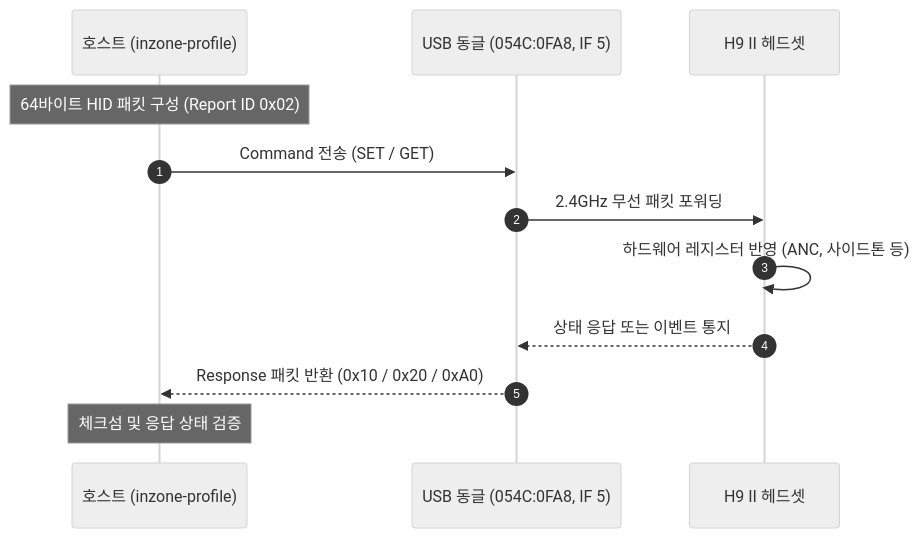
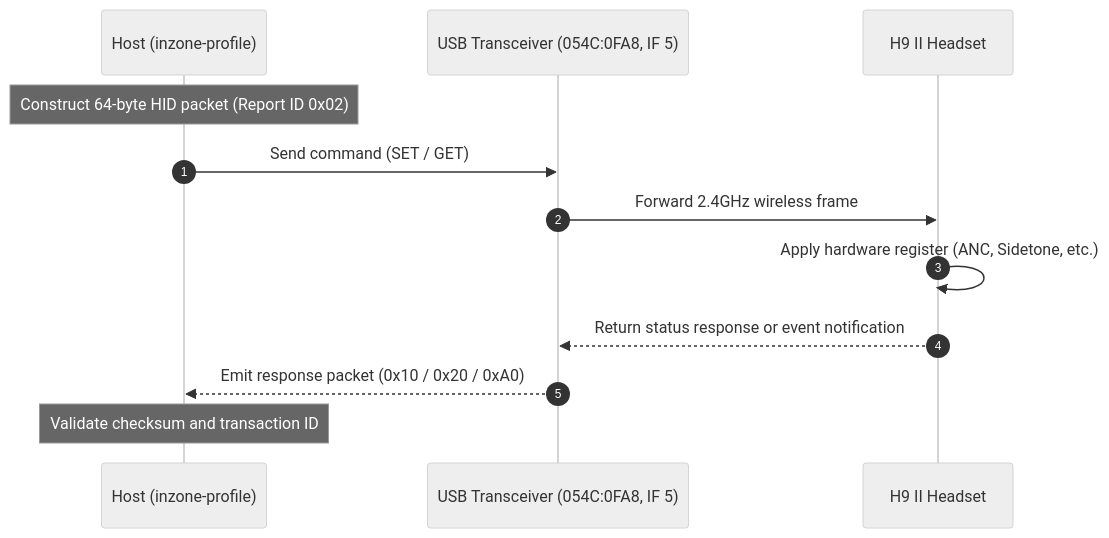
The second of 2 diagrams in docs/reverse-engineering.md (zeroday0619/inzone-linux), drawn with Mermaid (neutral theme) before and after one commit. The commit also changed other lines of this file and 12 other files, not shown here.

````diff
--- a/docs/reverse-engineering.md
+++ b/docs/reverse-engineering.md
@@ -188,15 +188,15 @@
 ```mermaid
 sequenceDiagram
     autonumber
-    participant Host as 호스트 (inzone-profile)
-    participant Dongle as USB 동글 (054C:0FA8, IF 5)
-    participant Headset as H9 II 헤드셋
+    participant Host as Host (inzone-profile)
+    participant Dongle as USB Transceiver (054C:0FA8, IF 5)
+    participant Headset as H9 II Headset
 
-    Note over Host: 64바이트 HID 패킷 구성 (Report ID 0x02)
-    Host->>Dongle: Command 전송 (SET / GET)
-    Dongle->>Headset: 2.4GHz 무선 패킷 포워딩
-    Headset->>Headset: 하드웨어 레지스터 반영 (ANC, 사이드톤 등)
-    Headset-->>Dongle: 상태 응답 또는 이벤트 통지
-    Dongle-->>Host: Response 패킷 반환 (0x10 / 0x20 / 0xA0)
-    Note over Host: 체크섬 및 응답 상태 검증
+    Note over Host: Construct 64-byte HID packet (Report ID 0x02)
+    Host->>Dongle: Send command (SET / GET)
+    Dongle->>Headset: Forward 2.4GHz wireless frame
+    Headset->>Headset: Apply hardware register (ANC, Sidetone, etc.)
+    Headset-->>Dongle: Return status response or event notification
+    Dongle-->>Host: Emit response packet (0x10 / 0x20 / 0xA0)
+    Note over Host: Validate checksum and transaction ID
 ```
````
